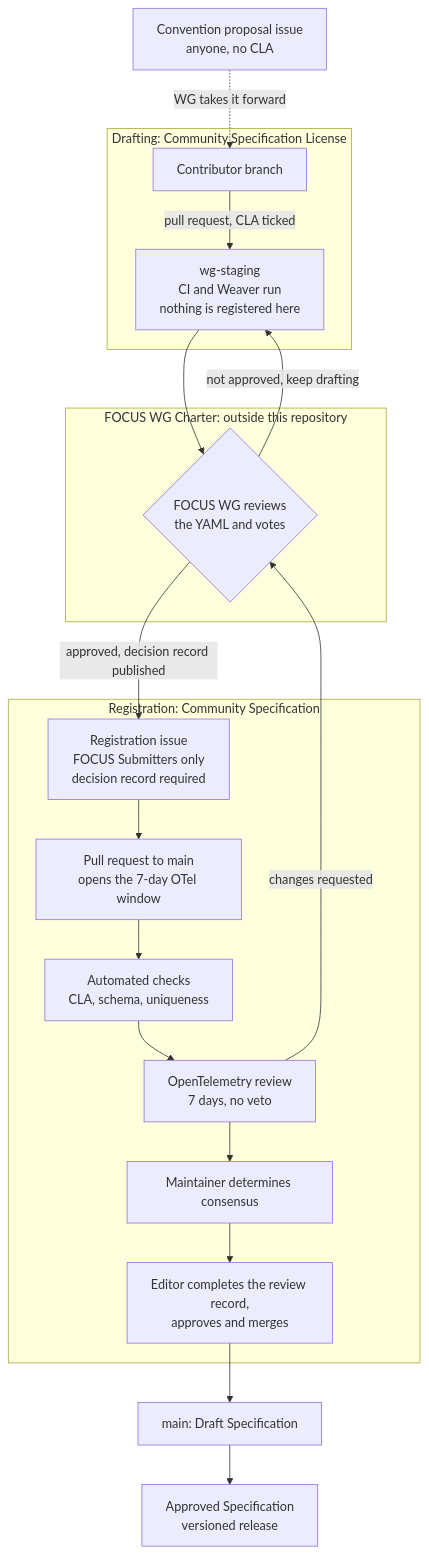
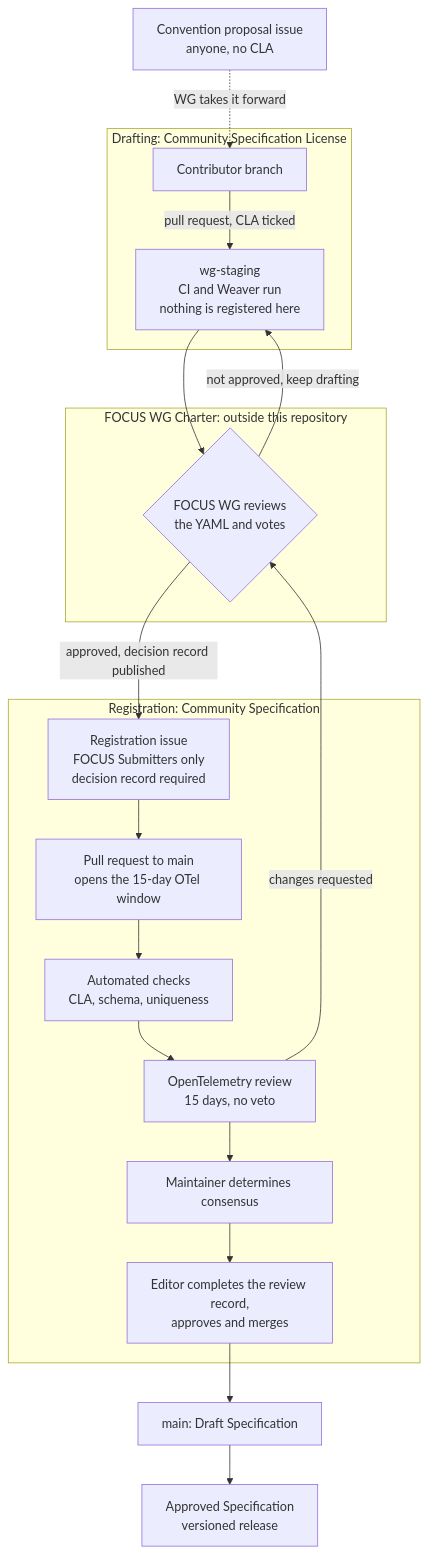
Before and after one commit to FinOps-Open-Cost-and-Usage-Spec/focus-otel-semconv: the diagram in README.md, drawn with Mermaid. The commit also changed other lines of this file and 1 other file, not shown here.

Commit message:
Set the OpenTelemetry review window to 15 days
The FOCUS WG agreed on 15 days instead of 7. Updates the README
workflow diagram and step 6, and the PR template's review record.

````diff
--- a/README.md
+++ b/README.md
@@ -65,34 +65,34 @@
 ```mermaid
 flowchart TD
     P["Convention proposal issue<br/>anyone, no CLA"]
 
     subgraph DRAFT["Drafting: Community Specification License"]
         B["Contributor branch"]
         S["wg-staging<br/>CI and Weaver run<br/>nothing is registered here"]
         B -->|"pull request, CLA ticked"| S
     end
 
     subgraph WG["FOCUS WG Charter: outside this repository"]
         V{"FOCUS WG reviews<br/>the YAML and votes"}
     end
 
     subgraph REG["Registration: Community Specification"]
         I["Registration issue<br/>FOCUS Submitters only<br/>decision record required"]
-        PR["Pull request to main<br/>opens the 7-day OTel window"]
+        PR["Pull request to main<br/>opens the 15-day OTel window"]
         C["Automated checks<br/>CLA, schema, uniqueness"]
-        O["OpenTelemetry review<br/>7 days, no veto"]
+        O["OpenTelemetry review<br/>15 days, no veto"]
         M["Maintainer determines consensus"]
         E["Editor completes the review record,<br/>approves and merges"]
         I --> PR --> C --> O --> M --> E
     end
 
     MAIN["main: Draft Specification"]
     REL["Approved Specification<br/>versioned release"]
 
     P -.->|"WG takes it forward"| B
     S --> V
     V -->|"not approved, keep drafting"| S
     V -->|"approved, decision record published"| I
     O -->|"changes requested"| V
     E --> MAIN --> REL
 ```
````
